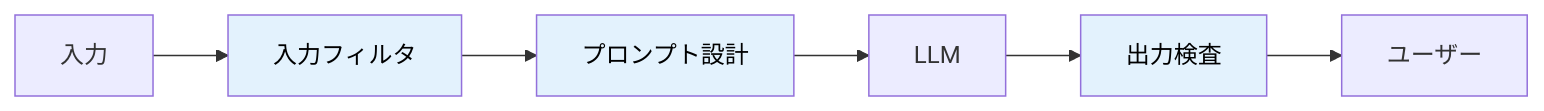
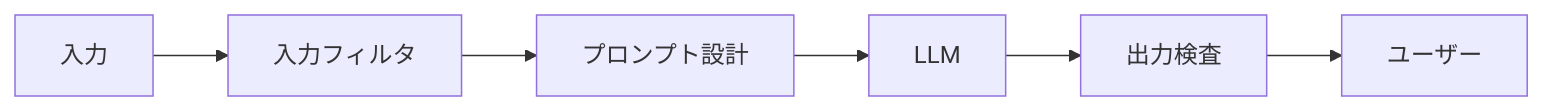
The third of 3 diagrams in docs/techniques/llm-レッドチーミング-意図的な攻撃で安全性を検証する.md (dinekt/dinekt-wiki), drawn with Mermaid before and after one commit. The commit also changed other lines of this file and 70 other files, not shown here.

First line of the commit message:
fix(mermaid): strip all inline styling, rely on theme

````diff
--- a/docs/techniques/llm-レッドチーミング-意図的な攻撃で安全性を検証する.md
+++ b/docs/techniques/llm-レッドチーミング-意図的な攻撃で安全性を検証する.md
@@ -128,12 +124,9 @@
 ```mermaid
 flowchart LR
     I[入力] --> F1[入力フィルタ]
     F1 --> P[プロンプト設計]
     P --> L[LLM]
     L --> F2[出力検査]
     F2 --> U[ユーザー]
 
-    style F1 fill:#e3f2fd,color:#000
-    style P fill:#e3f2fd,color:#000
-    style F2 fill:#e3f2fd,color:#000
 ```
````
